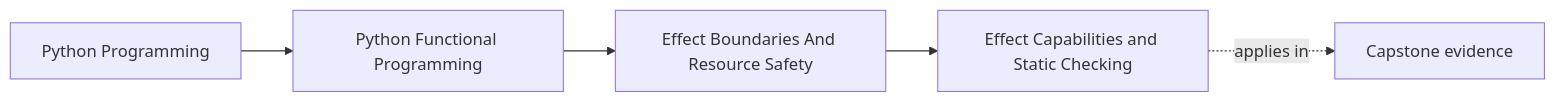
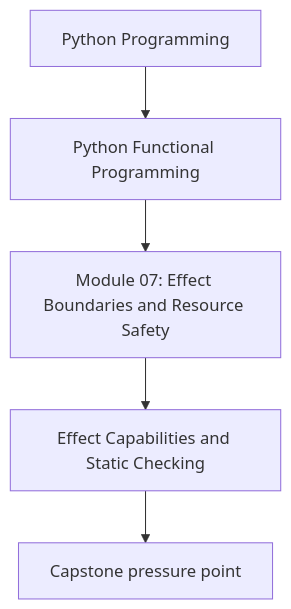
One commit to bijux/bijux-masterclass changed the first of 2 diagrams in programs/python-programming/python-functional-programming/course-book/module-07-effect-boundaries-and-resource-safety/effect-capabilities-and-static-checking.md. Above: the diagram before and after it, drawn with Mermaid. The commit also changed other lines of this file and 118 other files, not shown here.

Commit message:
docs(python-functional-programming): align concept page diagrams

````diff
--- a/programs/python-programming/python-functional-programming/course-book/module-07-effect-boundaries-and-resource-safety/effect-capabilities-and-static-checking.md
+++ b/programs/python-programming/python-functional-programming/course-book/module-07-effect-boundaries-and-resource-safety/effect-capabilities-and-static-checking.md
@@ -7,11 +7,7 @@
 ```mermaid
-graph LR
-  family["Python Programming"]
-  program["Python Functional Programming"]
-  section["Effect Boundaries And Resource Safety"]
-  page["Effect Capabilities and Static Checking"]
-  capstone["Capstone evidence"]
-
-  family --> program --> section --> page
-  page -.applies in.-> capstone
+flowchart TD
+  family["Python Programming"] --> program["Python Functional Programming"]
+  program --> module["Module 07: Effect Boundaries and Resource Safety"]
+  module --> concept["Effect Capabilities and Static Checking"]
+  concept --> capstone["Capstone pressure point"]
 ```
````
